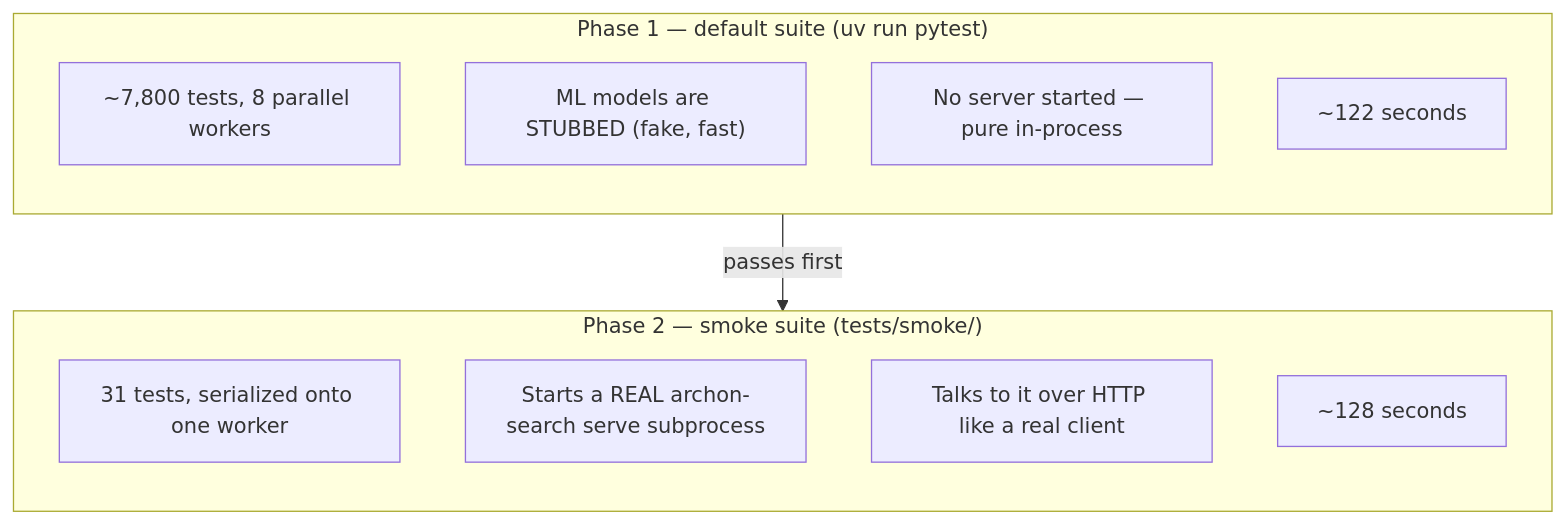
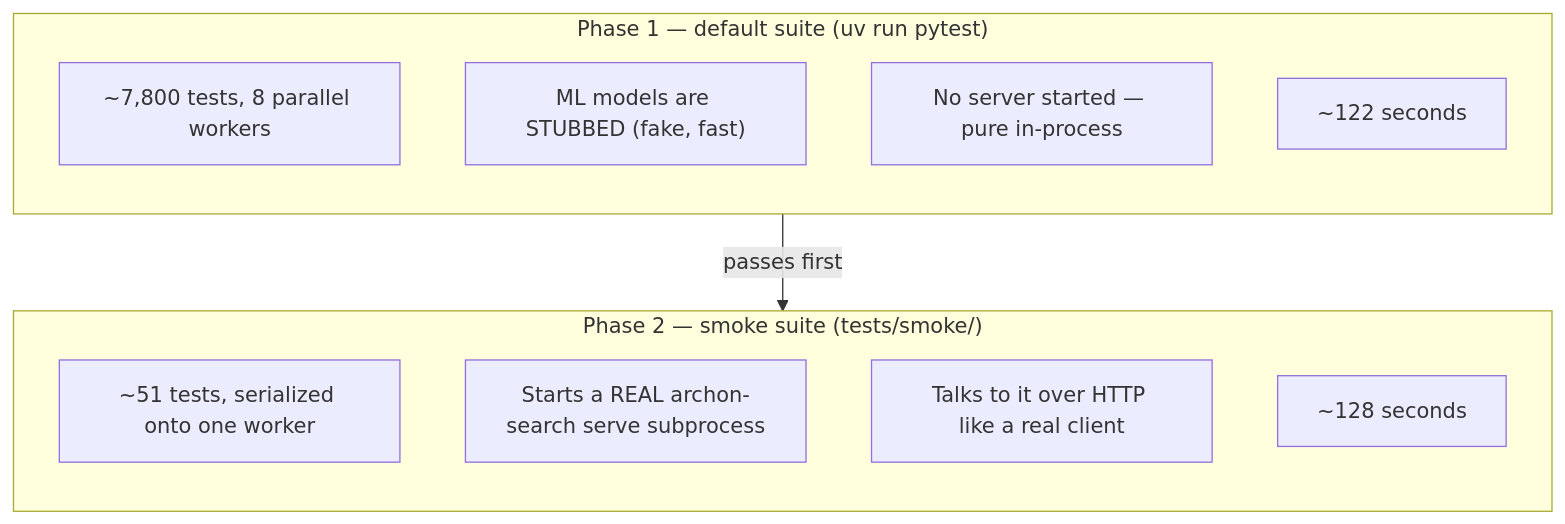
The third of 3 diagrams in Documentation/docker-test-runner.md (user538295/archon-search), drawn with Mermaid before and after one commit. The commit also changed other lines of this file and 4 other files, not shown here.

````diff
--- a/Documentation/docker-test-runner.md
+++ b/Documentation/docker-test-runner.md
@@ -287,18 +287,18 @@
 ```mermaid
 flowchart TB
     subgraph phase1["Phase 1 — default suite (uv run pytest)"]
         direction TB
         A1["~7,800 tests, 8 parallel workers"]
         A2["ML models are STUBBED (fake, fast)"]
         A3["No server started — pure in-process"]
         A4["~122 seconds"]
     end
     subgraph phase2["Phase 2 — smoke suite (tests/smoke/)"]
         direction TB
-        B1["31 tests, serialized onto one worker"]
+        B1["~51 tests, serialized onto one worker"]
         B2["Starts a REAL archon-search serve subprocess"]
         B3["Talks to it over HTTP like a real client"]
         B4["~128 seconds"]
     end
     phase1 -->|"passes first"| phase2
 ```
````
